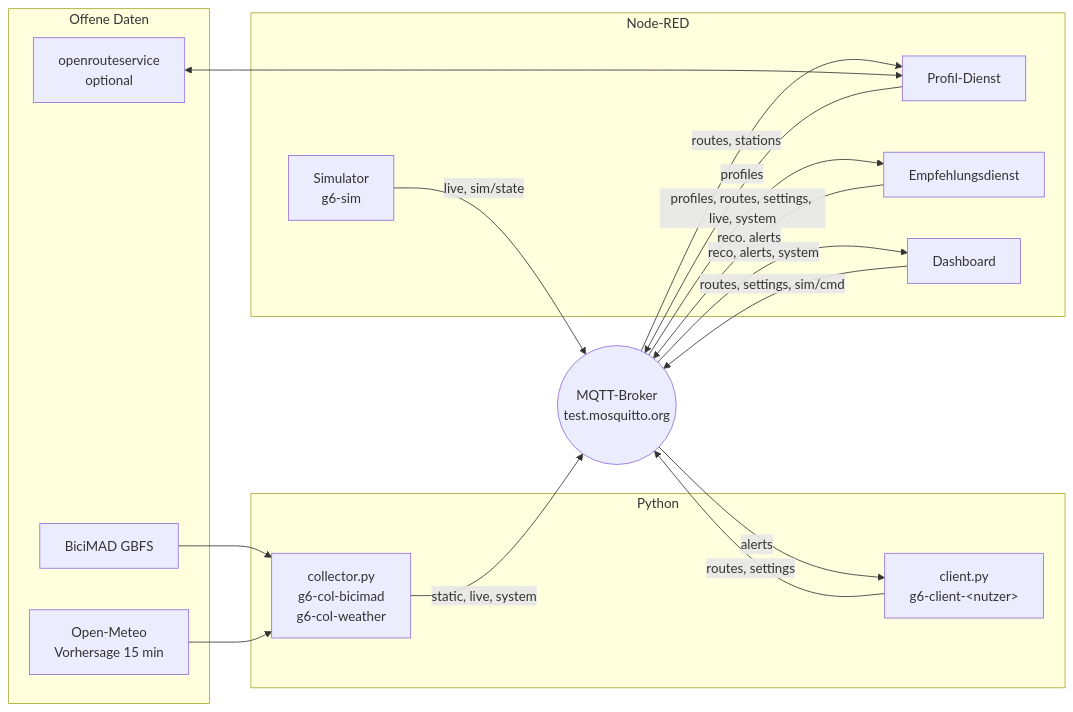
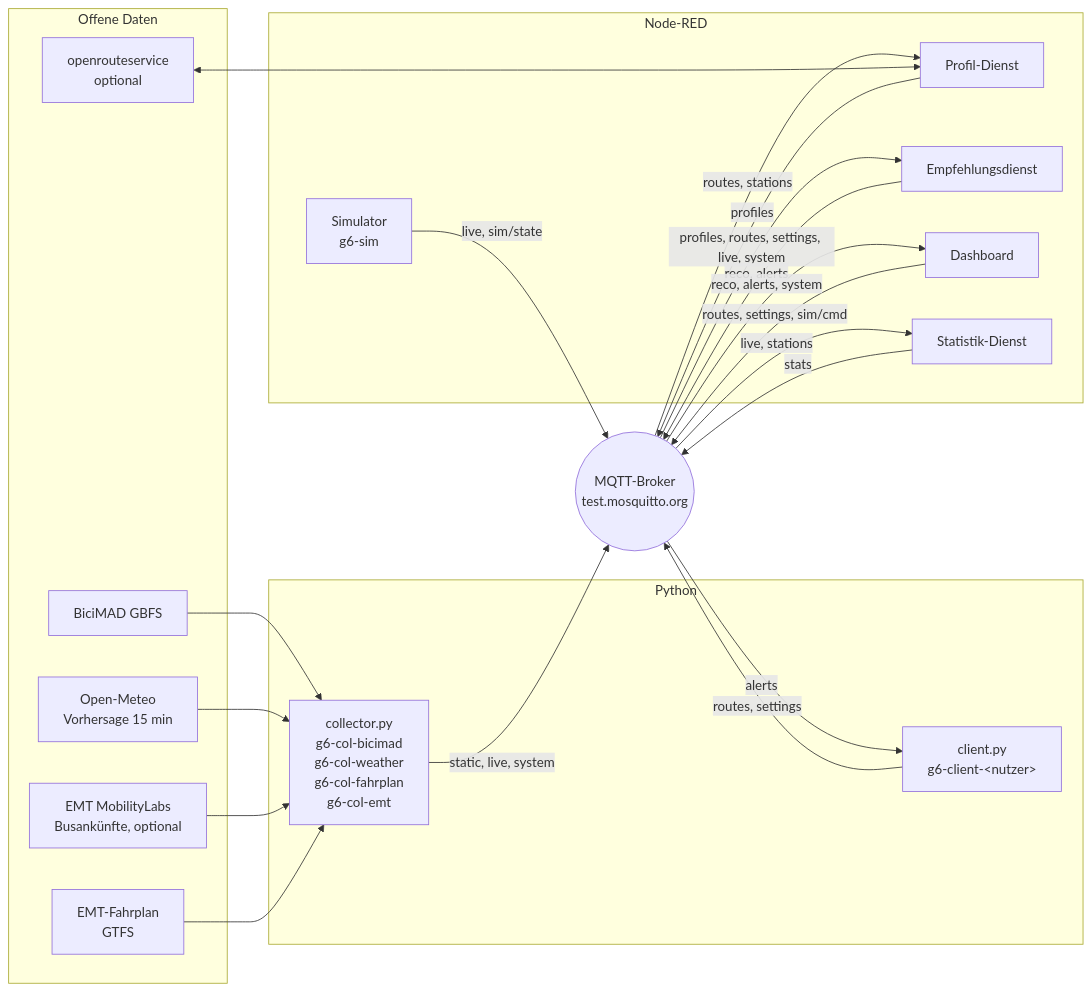
Before and after one commit to gabninos/madrid-move: the diagram in README.md, drawn with Mermaid. The commit also changed other lines of this file and 10 other files, not shown here.

First line of the commit message:
Dashboard mit Statistik, Demo-Fixes, EMT-Busankünfte und Fahrplan (GTFS)

````diff
--- a/README.md
+++ b/README.md
@@ -17,33 +17,40 @@
 ```mermaid
 flowchart LR
   subgraph APIs["Offene Daten"]
     GBFS[BiciMAD GBFS]
     OM[Open-Meteo<br/>Vorhersage 15 min]
     ORS[openrouteservice<br/>optional]
+    EMT[EMT MobilityLabs<br/>Busankünfte, optional]
+    GTFS[EMT-Fahrplan<br/>GTFS]
   end
   subgraph PY["Python"]
-    COL[collector.py<br/>g6-col-bicimad<br/>g6-col-weather]
+    COL[collector.py<br/>g6-col-bicimad<br/>g6-col-weather<br/>g6-col-fahrplan<br/>g6-col-emt]
     CLI[client.py<br/>g6-client-&lt;nutzer&gt;]
   end
   subgraph NR["Node-RED"]
     PD[Profil-Dienst]
     RE[Empfehlungsdienst]
     DB[Dashboard]
     SIM[Simulator<br/>g6-sim]
+    STA[Statistik-Dienst]
   end
   BR((MQTT-Broker<br/>test.mosquitto.org))
 
   GBFS --> COL
   OM --> COL
+  EMT --> COL
+  GTFS --> COL
   COL -- static, live, system --> BR
   CLI -- routes, settings --> BR
   BR -- alerts --> CLI
   BR -- routes, stations --> PD
   ORS <--> PD
   PD -- profiles --> BR
   BR -- profiles, routes, settings, live, system --> RE
   RE -- reco, alerts --> BR
   BR -- reco, alerts, system --> DB
   DB -- routes, settings, sim/cmd --> BR
   SIM -- live, sim/state --> BR
+  BR -- live, stations --> STA
+  STA -- stats --> BR
 ```
````
